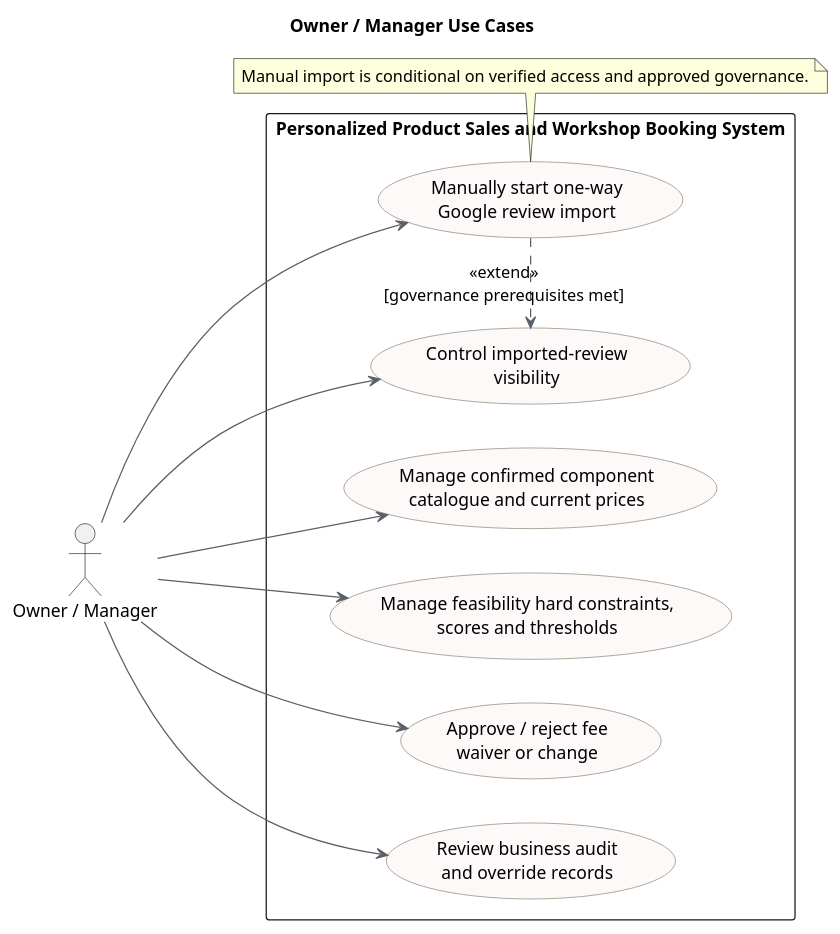
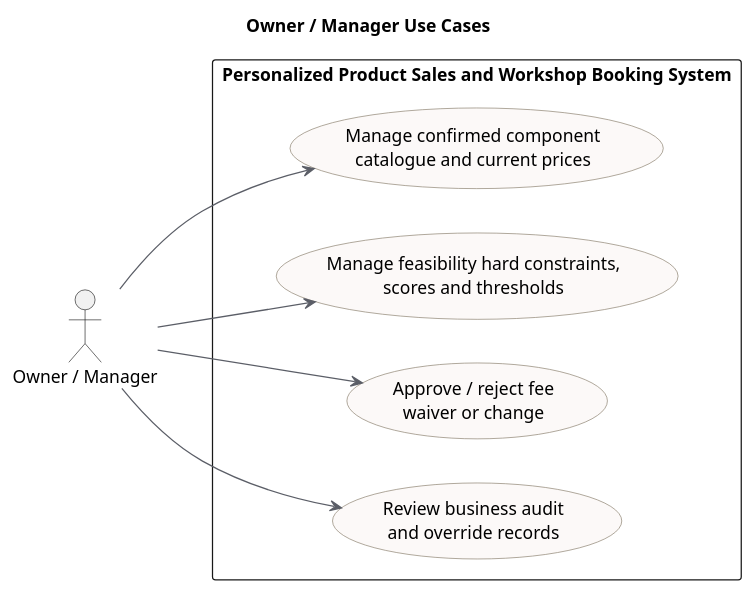
Before and after one commit to quoc-ca/mland-operations-hub: the diagram in documents/docs/report-3-software-requirement-specification/assets/diagrams/use-cases/05-owner-only.puml, drawn with PlantUML. The commit also changed 22 other files, not shown here.

```diff
--- a/documents/docs/report-3-software-requirement-specification/assets/diagrams/use-cases/05-owner-only.puml
+++ b/documents/docs/report-3-software-requirement-specification/assets/diagrams/use-cases/05-owner-only.puml
@@ -1,34 +1,26 @@
 @startuml
 !pragma charset UTF-8
 title Owner / Manager Use Cases
 left to right direction
 skinparam shadowing false
 skinparam usecase {
   BackgroundColor #FCF9F8
   BorderColor #807663
   ArrowColor #5B5E67
 }
 
 actor "Owner / Manager" as Owner
 
 rectangle "Personalized Product Sales and Workshop Booking System" {
   usecase "Manage confirmed component\ncatalogue and current prices" as Catalogue
   usecase "Manage feasibility hard constraints,\nscores and thresholds" as Rules
   usecase "Approve / reject fee\nwaiver or change" as FeeWaiver
   usecase "Review business audit\nand override records" as Audit
-  usecase "Manually start one-way\nGoogle review import" as ImportReviews
-  usecase "Control imported-review\nvisibility" as ReviewVisibility
 }
 
 Owner --> Catalogue
 Owner --> Rules
 Owner --> FeeWaiver
 Owner --> Audit
-Owner --> ImportReviews
-Owner --> ReviewVisibility
-ImportReviews .> ReviewVisibility : <<extend>>\n[governance prerequisites met]
 
-note bottom of ImportReviews
-Manual import is conditional on verified access and approved governance.
-end note
 @enduml
```
